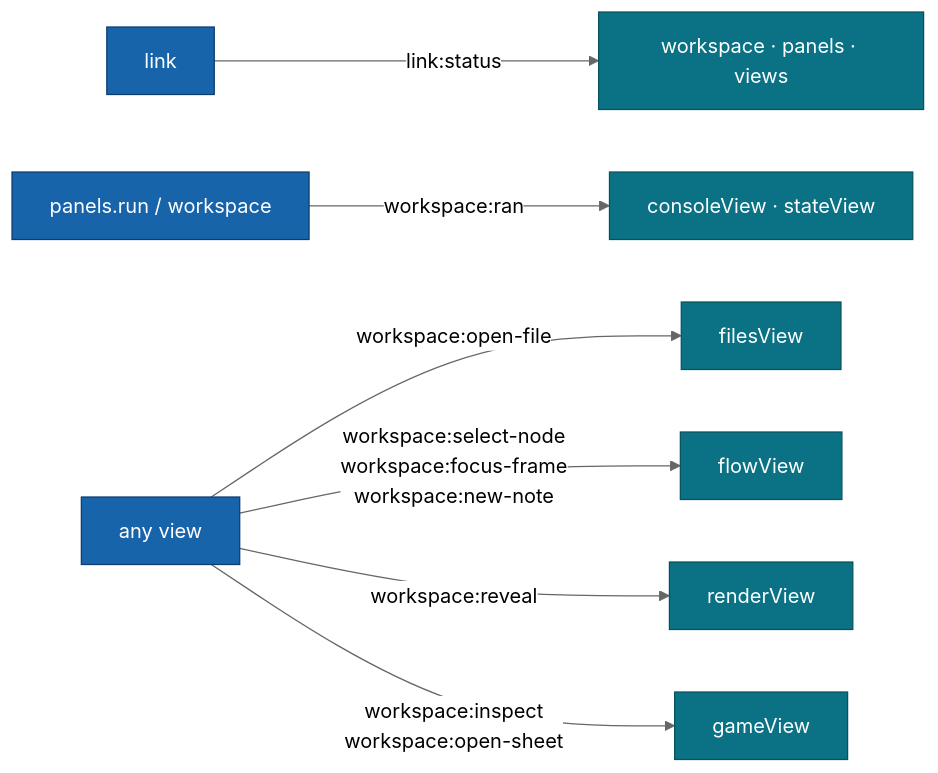
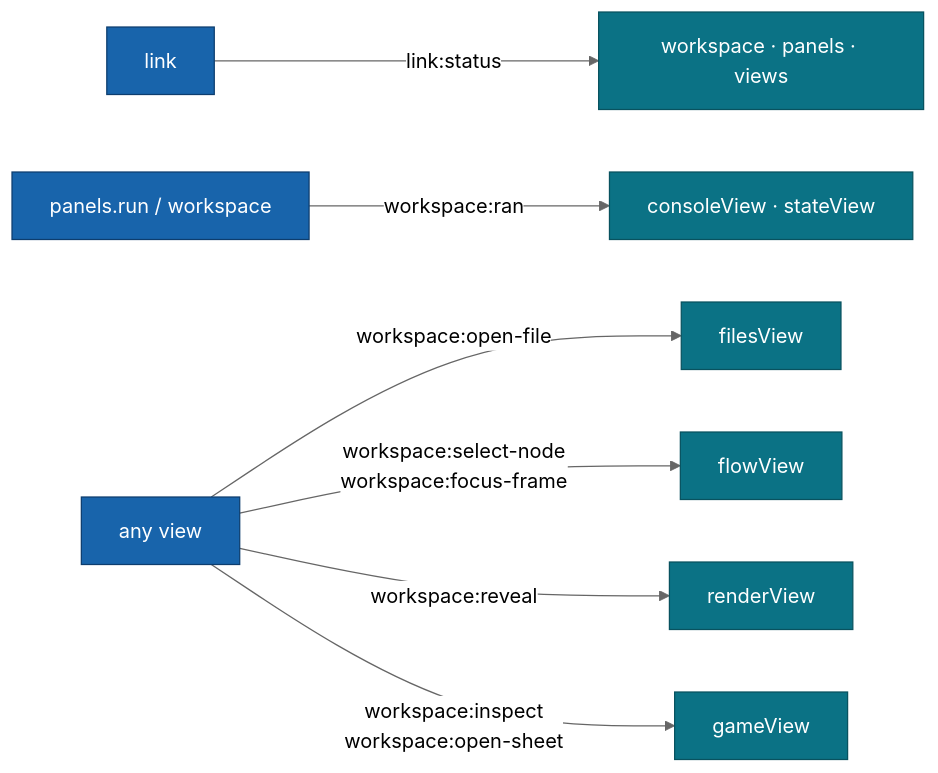
Before and after one commit to moku-labs/editor: the third of 3 diagrams in README.md, drawn with Mermaid (neutral theme). The commit also changed other lines of this file and 350 other files, not shown here.

````diff
--- a/README.md
+++ b/README.md
@@ -152,13 +162,13 @@
 ```mermaid
 flowchart LR
   L["link"] -- "link:status" --> W["workspace · panels · views"]
   P["panels.run / workspace"] -- "workspace:ran" --> CS["consoleView · stateView"]
   V["any view"] -- "workspace:open-file" --> FV["filesView"]
-  V -- "workspace:select-node<br/>workspace:focus-frame<br/>workspace:new-note" --> FL["flowView"]
+  V -- "workspace:select-node<br/>workspace:focus-frame" --> FL["flowView"]
   V -- "workspace:reveal" --> RV["renderView"]
   V -- "workspace:inspect<br/>workspace:open-sheet" --> GV["gameView"]
   classDef m fill:#1864ab,stroke:#0d3d6e,color:#fff;
   classDef u fill:#0b7285,stroke:#08525f,color:#fff;
   class L,P,V m
   class W,CS,FV,FL,RV,GV u
 ```
````
